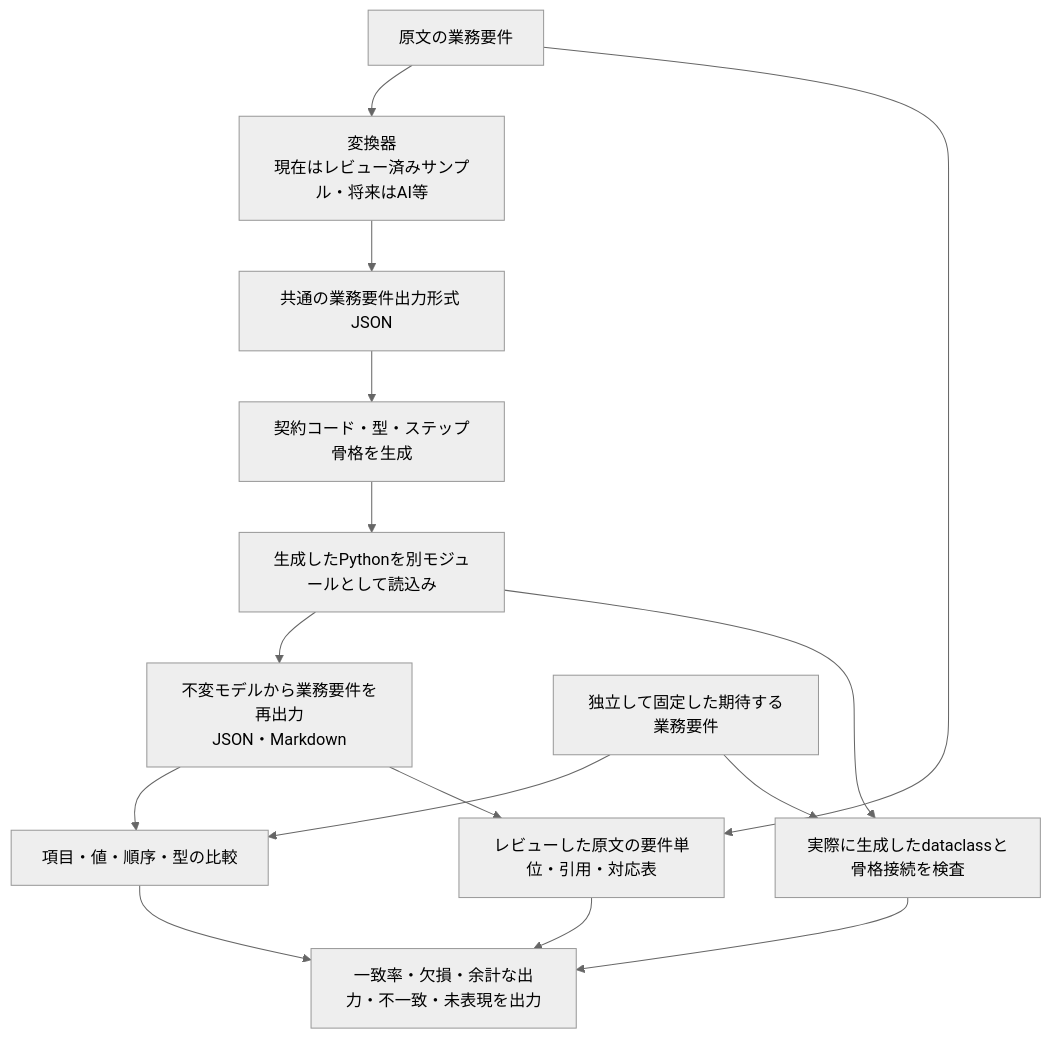
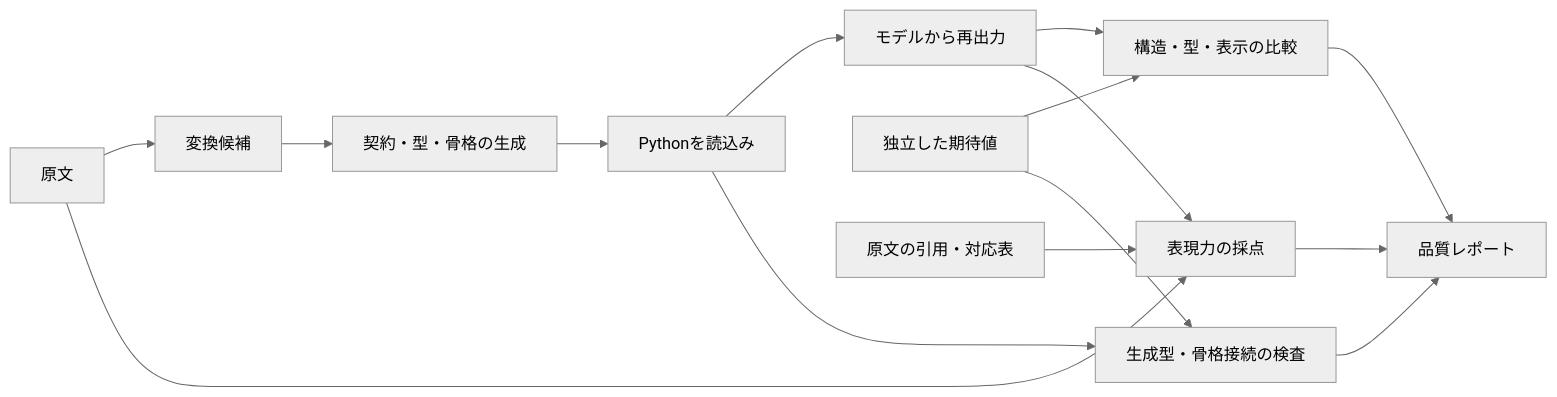
One commit to sasano8/myworkflow changed the diagram in docs/requirements-quality.md. Above: the diagram before and after it, drawn with Mermaid (neutral theme). The commit also changed other lines of this file and 5 other files, not shown here.

````diff
--- a/docs/requirements-quality.md
+++ b/docs/requirements-quality.md
@@ -5,17 +3,15 @@
 ```mermaid
-flowchart TD
-    source[原文の業務要件] --> converter[変換器\n現在はレビュー済みサンプル・将来はAI等]
-    converter --> input[共通の業務要件出力形式 JSON]
-    input --> generate[契約コード・型・ステップ骨格を生成]
-    generate --> load[生成したPythonを別モジュールとして読込み]
-    load --> output[不変モデルから業務要件を再出力\nJSON・Markdown]
-    oracle[独立して固定した期待する業務要件] --> compare[項目・値・順序・型の比較]
+flowchart LR
+    source[原文] --> convert[変換候補] --> generate[契約・型・骨格の生成]
+    generate --> load[Pythonを読込み] --> output[モデルから再出力]
+    oracle[独立した期待値] --> compare[構造・型・表示の比較]
     output --> compare
-    load --> interfaces[実際に生成したdataclassと骨格接続を検査]
+    load --> interfaces[生成型・骨格接続の検査]
     oracle --> interfaces
-    source --> inventory[レビューした原文の要件単位・引用・対応表]
-    output --> inventory
-    compare --> report[一致率・欠損・余計な出力・不一致・未表現を出力]
+    inventory[原文の引用・対応表] --> coverage[表現力の採点]
+    source --> coverage
+    output --> coverage
+    compare --> report[品質レポート]
     interfaces --> report
-    inventory --> report
+    coverage --> report
 ```
````
